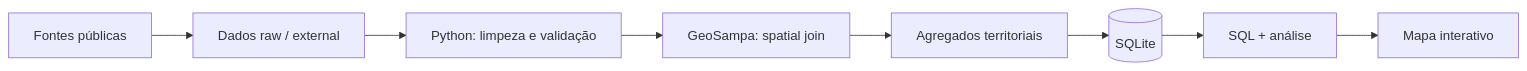
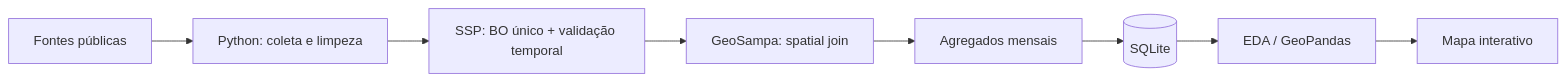
Before and after one commit to pfutagawa/smart-sampa-data-science: the diagram in README.md, drawn with Mermaid. The commit also changed other lines of this file, not shown here.

Commit message:
docs: update README with validated SSP coverage

````diff
--- a/README.md
+++ b/README.md
@@ -33,10 +35,10 @@
 ```mermaid
 flowchart LR
-    A[Fontes públicas] --> B[Dados raw / external]
-    B --> C[Python: limpeza e validação]
+    A[Fontes públicas] --> B[Python: coleta e limpeza]
+    B --> C[SSP: BO único + validação temporal]
     C --> D[GeoSampa: spatial join]
-    D --> E[Agregados territoriais]
+    D --> E[Agregados mensais]
     E --> F[(SQLite)]
-    F --> G[SQL + análise]
+    F --> G[EDA / GeoPandas]
     G --> H[Mapa interativo]
 ```
````
